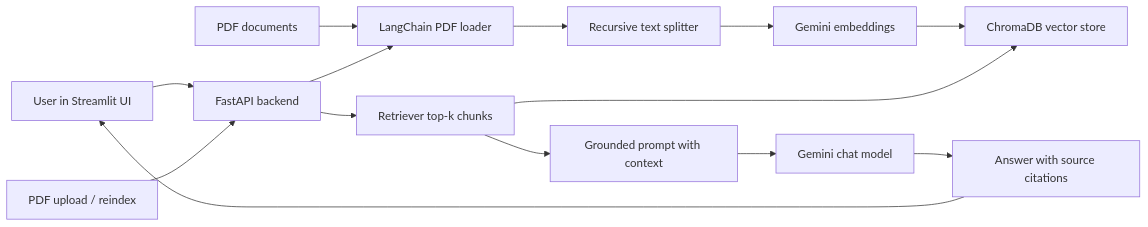
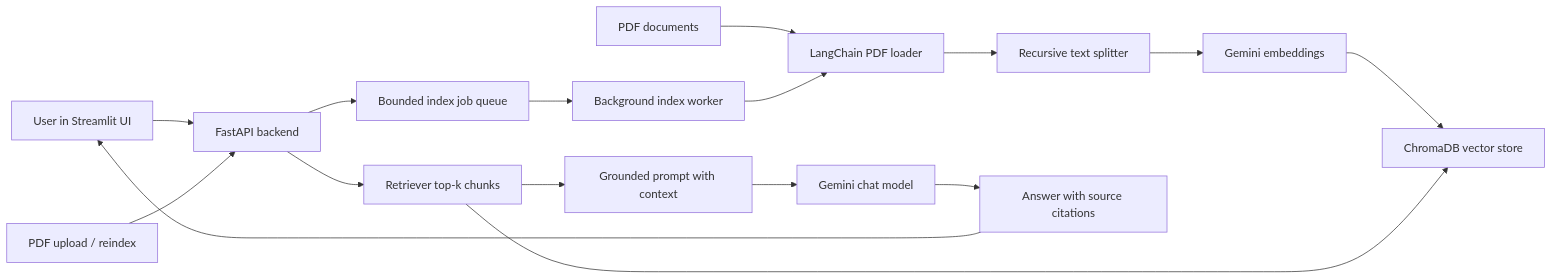
The diagram in README.md (idevelopAI/genai-knowledge-base), drawn with Mermaid before and after one commit. The commit also changed other lines of this file and 11 other files, not shown here.

````diff
--- a/README.md
+++ b/README.md
@@ -25,18 +25,20 @@
 ```mermaid
 flowchart LR
     PDFs["PDF documents"] --> Loader["LangChain PDF loader"]
     Loader --> Splitter["Recursive text splitter"]
     Splitter --> Embeddings["Gemini embeddings"]
     Embeddings --> Chroma["ChromaDB vector store"]
 
     User["User in Streamlit UI"] --> API["FastAPI backend"]
     API --> Retriever["Retriever top-k chunks"]
     Retriever --> Chroma
     Retriever --> Prompt["Grounded prompt with context"]
     Prompt --> LLM["Gemini chat model"]
     LLM --> Answer["Answer with source citations"]
     Answer --> User
 
     Upload["PDF upload / reindex"] --> API
-    API --> Loader
+    API --> Jobs["Bounded index job queue"]
+    Jobs --> Worker["Background index worker"]
+    Worker --> Loader
 ```
````
